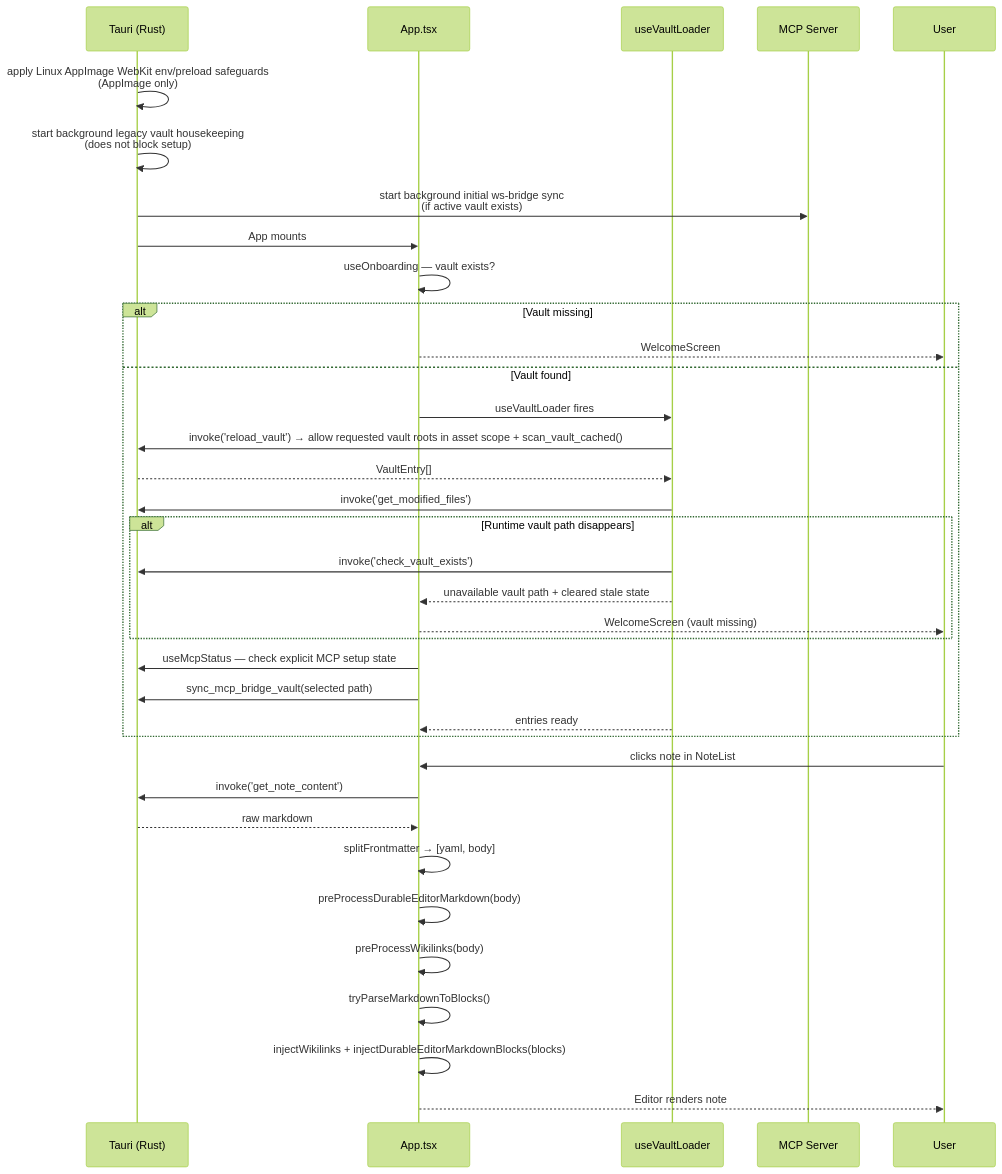
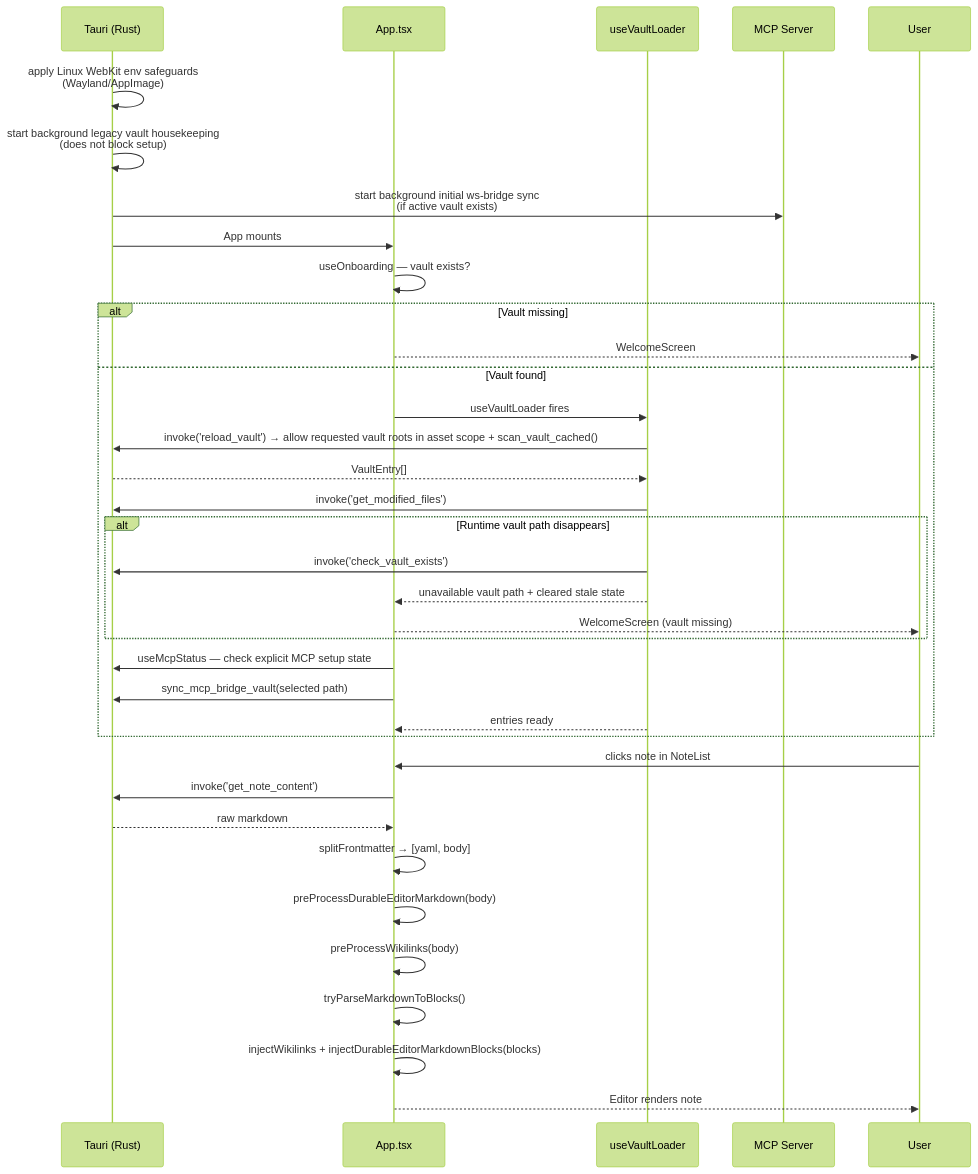
Before and after one commit to aimeritething/Fuwa: the seventh of 10 diagrams in docs/ARCHITECTURE.md, drawn with Mermaid (forest theme). The commit also changed other lines of this file and 3 other files, not shown here.

Commit message:
fix: apply webkit safeguards on linux wayland

````diff
--- a/docs/ARCHITECTURE.md
+++ b/docs/ARCHITECTURE.md
@@ -568,41 +568,41 @@
 ```mermaid
 sequenceDiagram
     participant T as Tauri (Rust)
     participant A as App.tsx
     participant VL as useVaultLoader
     participant MCP as MCP Server
     participant U as User
 
-    T->>T: apply Linux AppImage WebKit env/preload safeguards<br/>(AppImage only)
+    T->>T: apply Linux WebKit env safeguards<br/>(Wayland/AppImage)
     T->>T: start background legacy vault housekeeping<br/>(does not block setup)
     T->>MCP: start background initial ws-bridge sync<br/>(if active vault exists)
     T->>A: App mounts
 
     A->>A: useOnboarding — vault exists?
     alt Vault missing
         A-->>U: WelcomeScreen
     else Vault found
         A->>VL: useVaultLoader fires
         VL->>T: invoke('reload_vault') → allow requested vault roots in asset scope + scan_vault_cached()
         T-->>VL: VaultEntry[]
         VL->>T: invoke('get_modified_files')
         alt Runtime vault path disappears
             VL->>T: invoke('check_vault_exists')
             VL-->>A: unavailable vault path + cleared stale state
             A-->>U: WelcomeScreen (vault missing)
         end
         A->>T: useMcpStatus — check explicit MCP setup state
         A->>T: sync_mcp_bridge_vault(selected path)
         VL-->>A: entries ready
     end
 
     U->>A: clicks note in NoteList
     A->>T: invoke('get_note_content')
     T-->>A: raw markdown
     A->>A: splitFrontmatter → [yaml, body]
     A->>A: preProcessDurableEditorMarkdown(body)
     A->>A: preProcessWikilinks(body)
     A->>A: tryParseMarkdownToBlocks()
     A->>A: injectWikilinks + injectDurableEditorMarkdownBlocks(blocks)
     A-->>U: Editor renders note
 ```
````
